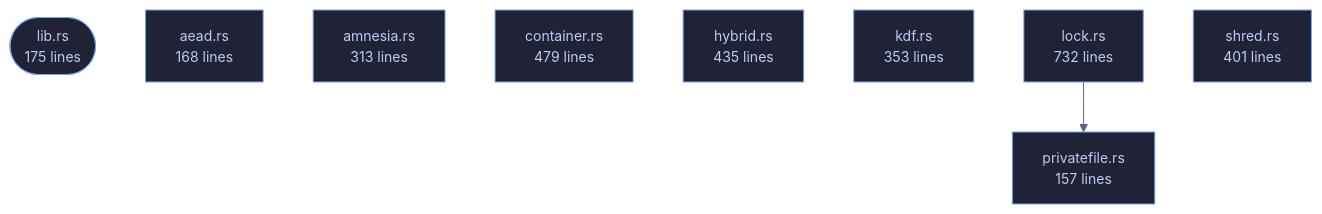
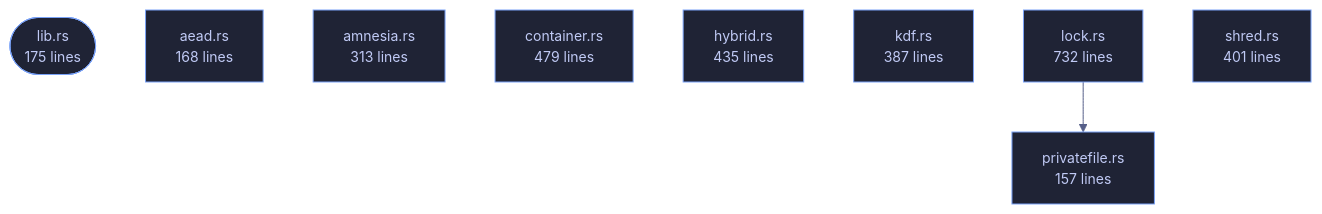
The diagram in crates/veilvoice-crypto/README.md (tilas01/veilvoice), drawn with Mermaid before and after one commit. The commit also changed other lines of this file and 61 other files, not shown here.

````diff
--- a/crates/veilvoice-crypto/README.md
+++ b/crates/veilvoice-crypto/README.md
@@ -85,14 +85,14 @@
 ```mermaid
 %%{init: {"theme":"base","themeVariables":{"background":"#1a1b26","primaryColor":"#1f2335","primaryTextColor":"#c0caf5","primaryBorderColor":"#7aa2f7","secondaryColor":"#16161e","tertiaryColor":"#16161e","lineColor":"#565f89","textColor":"#c0caf5","mainBkg":"#1f2335","nodeBorder":"#7aa2f7","clusterBkg":"#16161e","clusterBorder":"#2f3549","fontFamily":"ui-monospace, SFMono-Regular, Consolas, monospace","fontSize":"14px"}}}%%
 flowchart TD
     n_lib(["lib.rs<br/>175 lines"])
     n_aead["aead.rs<br/>168 lines"]
     n_amnesia["amnesia.rs<br/>313 lines"]
     n_container["container.rs<br/>479 lines"]
     n_hybrid["hybrid.rs<br/>435 lines"]
-    n_kdf["kdf.rs<br/>353 lines"]
+    n_kdf["kdf.rs<br/>387 lines"]
     n_lock["lock.rs<br/>732 lines"]
     n_privatefile["privatefile.rs<br/>157 lines"]
     n_shred["shred.rs<br/>401 lines"]
     n_lock --> n_privatefile
 ```
````
